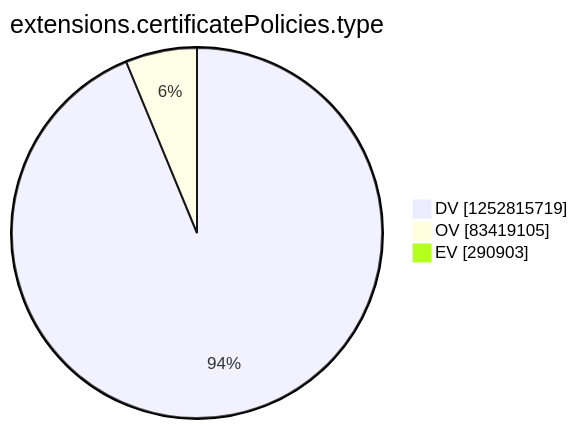
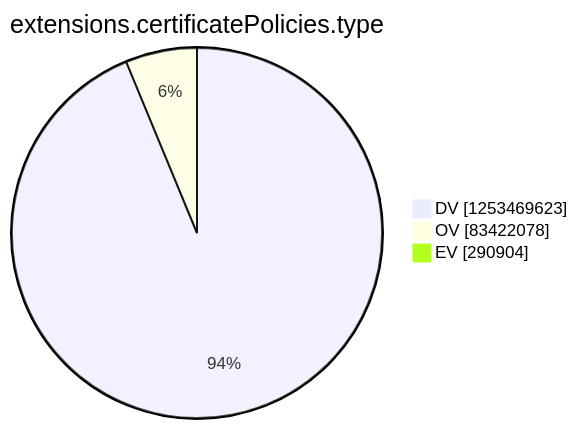
Before and after one commit to christiankrug/ctmonitor_visualization: the tenth of 15 diagrams in argon2022/README.md, drawn with Mermaid. The commit also changed other lines of this file, not shown here.

````diff
--- a/argon2022/README.md
+++ b/argon2022/README.md
@@ -2771,7 +2771,7 @@
 ```mermaid
 pie showData
 title extensions.certificatePolicies.type
-"DV" :1252815719
-"OV" :83419105
-"EV" :290903
+"DV" :1253469623
+"OV" :83422078
+"EV" :290904
 ```
````
